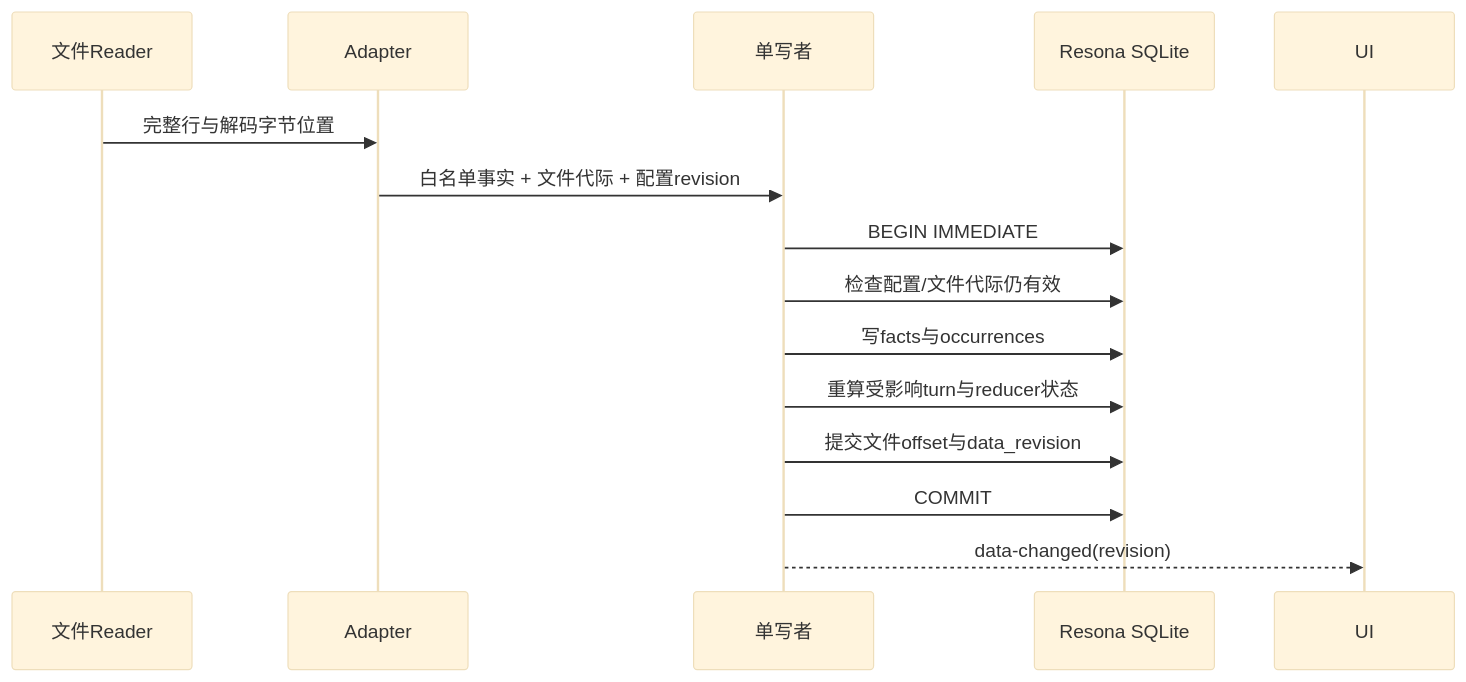
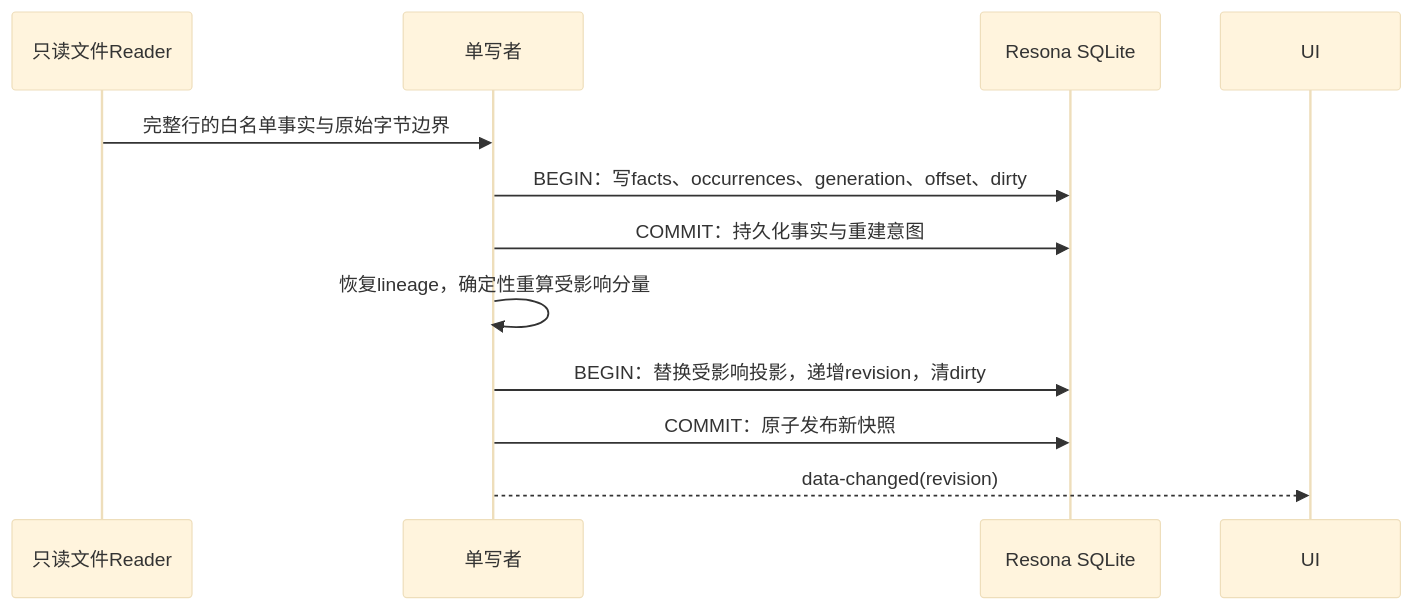
One commit to xuzhu-591/resona changed the third of 4 diagrams in docs/technical-design.md. Above: the diagram before and after it, drawn with Mermaid (base theme). The commit also changed other lines of this file and 908 other files, not shown here.

````diff
--- a/docs/technical-design.md
+++ b/docs/technical-design.md
@@ -315,17 +315,14 @@
 ```mermaid
 sequenceDiagram
-  participant F as 文件Reader
-  participant P as Adapter
+  participant F as 只读文件Reader
   participant W as 单写者
   participant DB as Resona SQLite
   participant U as UI
-  F->>P: 完整行与解码字节位置
-  P->>W: 白名单事实 + 文件代际 + 配置revision
-  W->>DB: BEGIN IMMEDIATE
-  W->>DB: 检查配置/文件代际仍有效
-  W->>DB: 写facts与occurrences
-  W->>DB: 重算受影响turn与reducer状态
-  W->>DB: 提交文件offset与data_revision
-  W->>DB: COMMIT
+  F->>W: 完整行的白名单事实与原始字节边界
+  W->>DB: BEGIN：写facts、occurrences、generation、offset、dirty
+  W->>DB: COMMIT：持久化事实与重建意图
+  W->>W: 恢复lineage，确定性重算受影响分量
+  W->>DB: BEGIN：替换受影响投影，递增revision，清dirty
+  W->>DB: COMMIT：原子发布新快照
   W-->>U: data-changed(revision)
 ```
````
